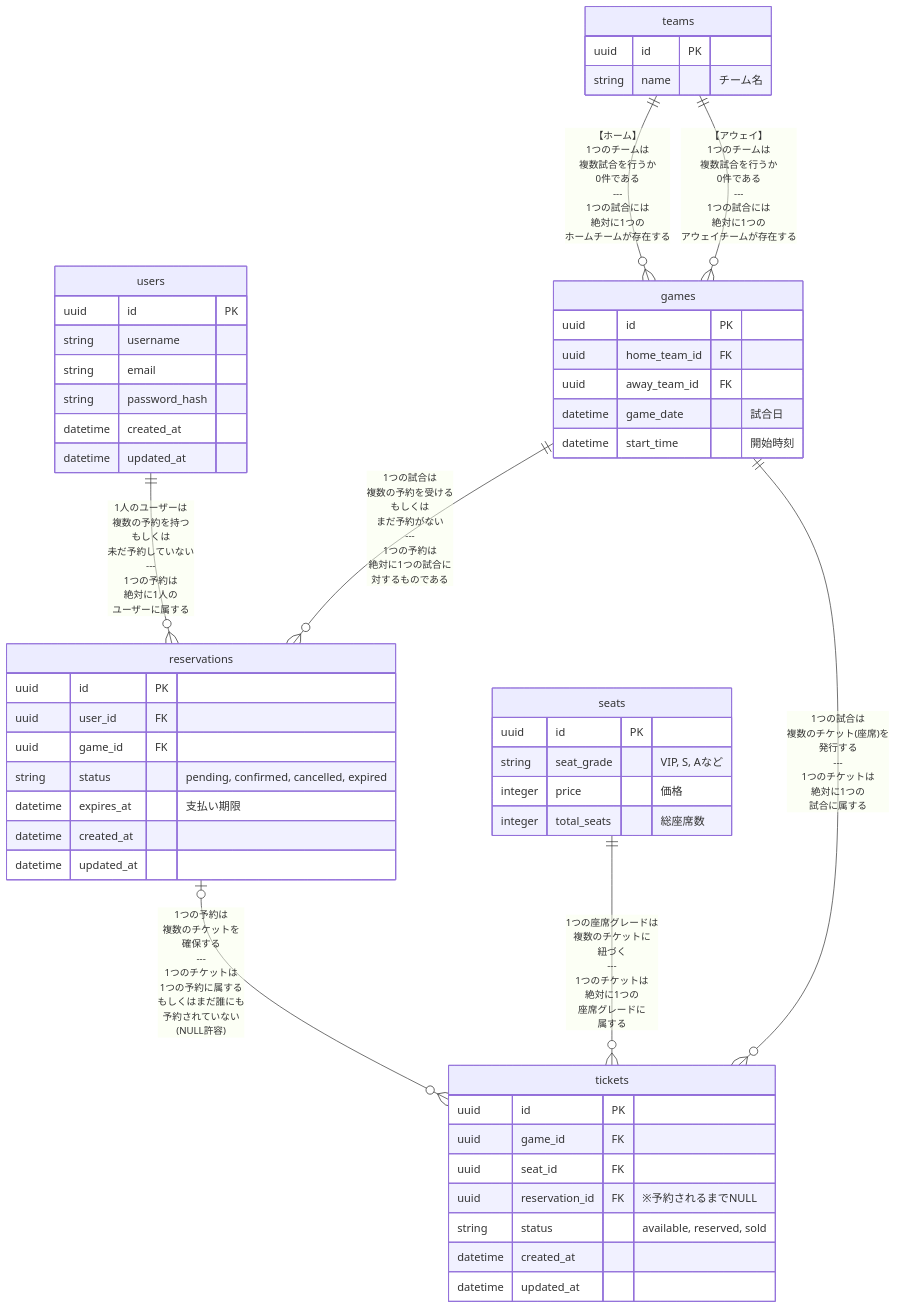
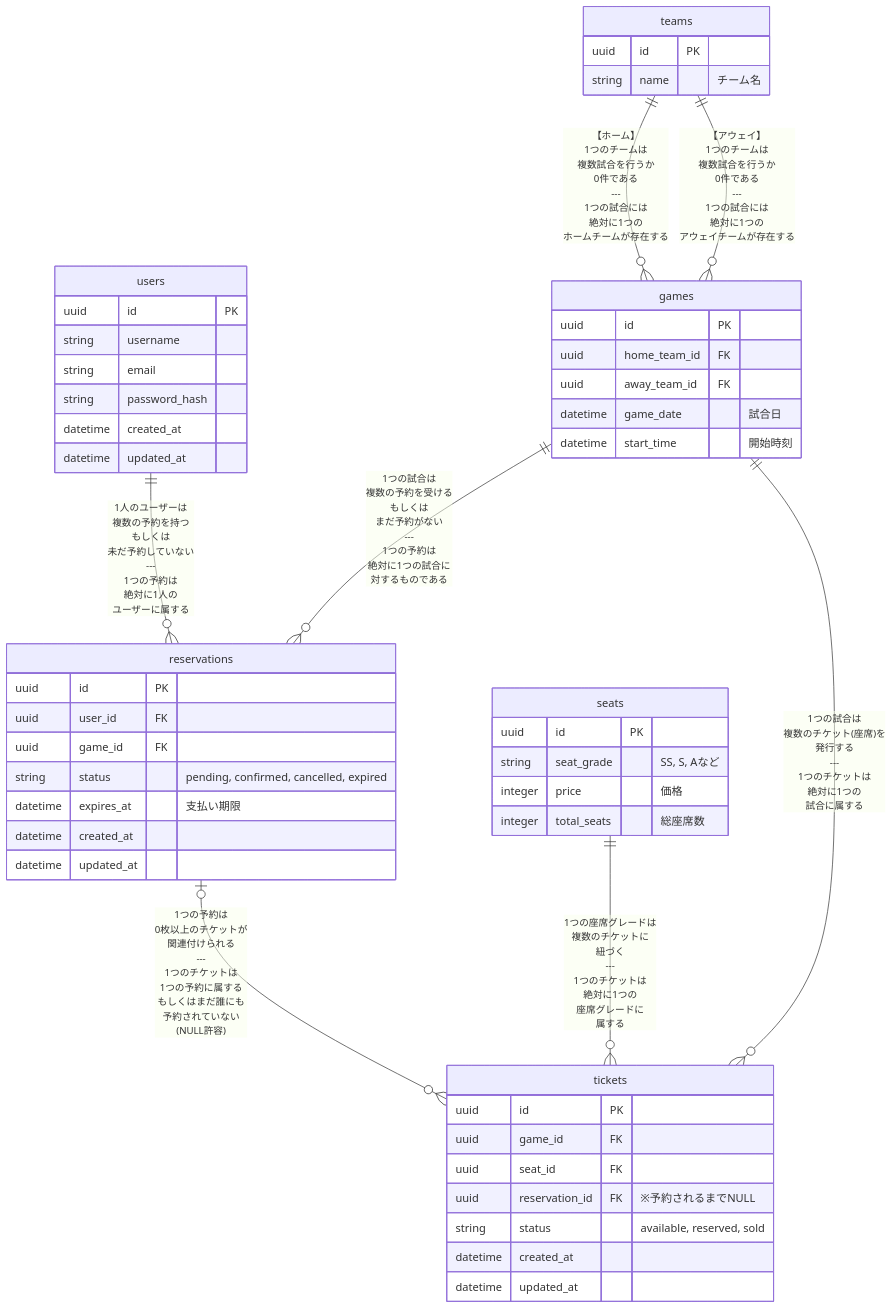
Before and after one commit to ydiksn37/go-api-sports-ticket-reservation-system: the diagram in ER.md, drawn with Mermaid.

````diff
--- a/ER.md
+++ b/ER.md
@@ -1,65 +1,65 @@
 ```mermaid
 erDiagram
     users ||--o{ reservations : "1人のユーザーは<br>複数の予約を持つ<br>もしくは<br>未だ予約していない<br>---<br>1つの予約は<br>絶対に1人の<br>ユーザーに属する"
 
     games ||--o{ reservations : "1つの試合は<br>複数の予約を受ける<br>もしくは<br>まだ予約がない<br>---<br>1つの予約は<br>絶対に1つの試合に<br>対するものである"
 
     teams ||--o{ games : "【ホーム】<br>1つのチームは<br>複数試合を行うか<br>0件である<br>---<br>1つの試合には<br>絶対に1つの<br>ホームチームが存在する"
 
     teams ||--o{ games : "【アウェイ】<br>1つのチームは<br>複数試合を行うか<br>0件である<br>---<br>1つの試合には<br>絶対に1つの<br>アウェイチームが存在する"
 
     games ||--o{ tickets : "1つの試合は<br>複数のチケット(座席)を<br>発行する<br>---<br>1つのチケットは<br>絶対に1つの<br>試合に属する"
 
     seats ||--o{ tickets : "1つの座席グレードは<br>複数のチケットに<br>紐づく<br>---<br>1つのチケットは<br>絶対に1つの<br>座席グレードに<br>属する"
 
-    reservations |o--o{ tickets : "1つの予約は<br>複数のチケットを<br>確保する<br>---<br>1つのチケットは<br>1つの予約に属する<br>もしくはまだ誰にも<br>予約されていない<br>(NULL許容)"
+    reservations |o--o{ tickets : "1つの予約は<br>0枚以上のチケットが<br>関連付けられる<br>---<br>1つのチケットは<br>1つの予約に属する<br>もしくはまだ誰にも<br>予約されていない<br>(NULL許容)"
 
     users {
         uuid id PK
         string username
         string email
         string password_hash
         datetime created_at
         datetime updated_at
     }
 
     teams {
         uuid id PK
         string name "チーム名"
     }
 
     games {
         uuid id PK
         uuid home_team_id FK
         uuid away_team_id FK
         datetime game_date "試合日"
         datetime start_time "開始時刻"
     }
 
     seats {
         uuid id PK
-        string seat_grade "VIP, S, Aなど"
+        string seat_grade "SS, S, Aなど"
         integer price "価格"
         integer total_seats "総座席数"
     }
 
     reservations {
         uuid id PK
         uuid user_id FK
         uuid game_id FK
         string status "pending, confirmed, cancelled, expired"
         datetime expires_at "支払い期限"
         datetime created_at
         datetime updated_at
     }
 
     tickets {
         uuid id PK
         uuid game_id FK
         uuid seat_id FK
         uuid reservation_id FK "※予約されるまでNULL"
         string status "available, reserved, sold"
         datetime created_at
         datetime updated_at
     }
 ```
````
